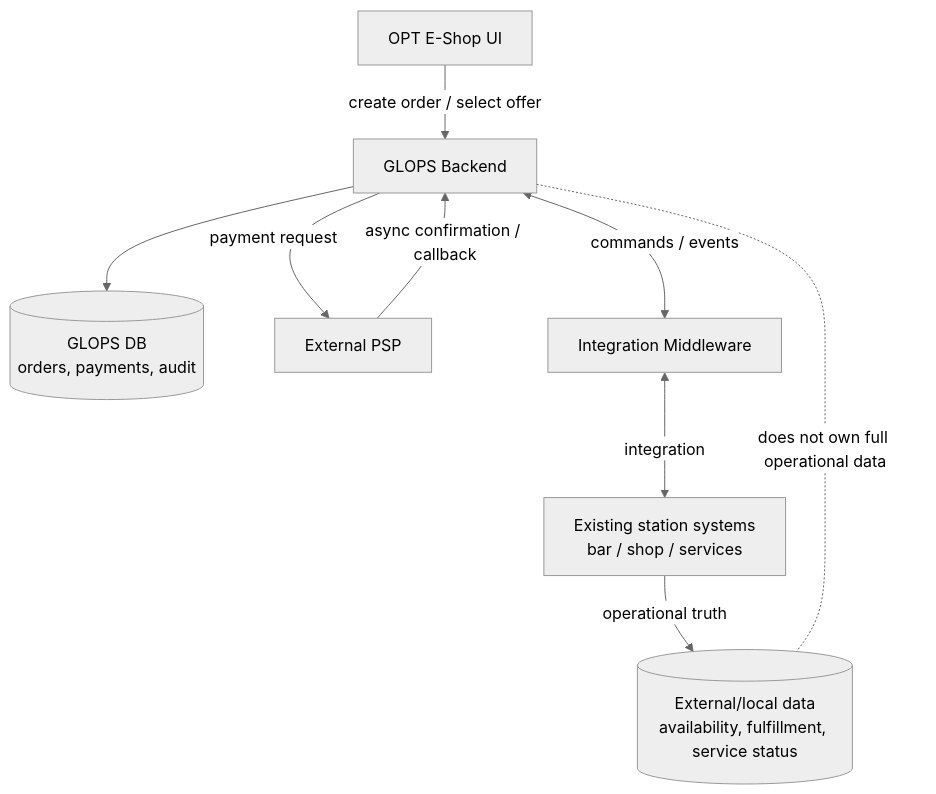
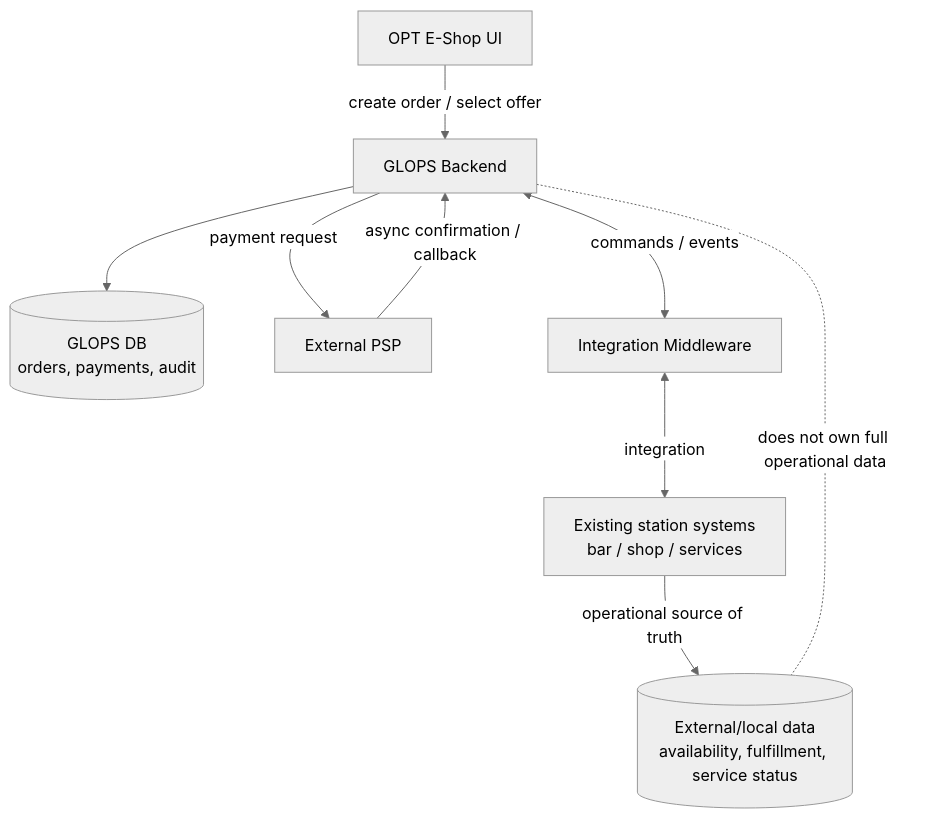
The second of 8 diagrams in docs/architecture/data-ownership-and-system-flows.it.md (mamzpy/glops-backend), drawn with Mermaid (neutral theme) before and after one commit. The commit also changed other lines of this file, not shown here.

Commit message:
docs: update data ownership and system flows

````diff
--- a/docs/architecture/data-ownership-and-system-flows.it.md
+++ b/docs/architecture/data-ownership-and-system-flows.it.md
@@ -158,14 +124,14 @@
 ```mermaid
 flowchart TD
     UI["OPT E-Shop UI"] -->|"create order / select offer"| BE["GLOPS Backend"]
 
     BE --> DB[("GLOPS DB\norders, payments, audit")]
     BE -->|"payment request"| PSP["External PSP"]
     PSP -->|"async confirmation / callback"| BE
 
     BE <-->|"commands / events"| MW["Integration Middleware"]
     MW <-->|"integration"| EXT["Existing station systems\nbar / shop / services"]
 
-    EXT -->|"operational truth"| LOCAL[("External/local data\navailability, fulfillment, service status")]
+    EXT -->|"operational source of truth"| LOCAL[("External/local data\navailability, fulfillment, service status")]
     BE -. "does not own full operational data" .- LOCAL
 ```
````
